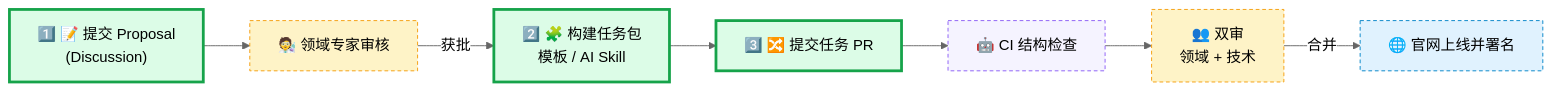
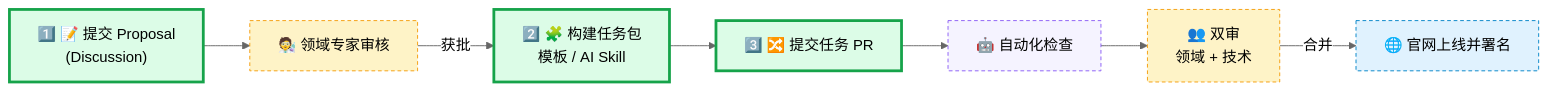
The diagram in README.md (PrismaX-Team/LiveDiscoveryBench-Tasks), drawn with Mermaid (neutral theme) before and after one commit. The commit also changed 1 other file, not shown here.

Commit message:
docs: rename CI step to automated checks

````diff
--- a/README.md
+++ b/README.md
@@ -47,17 +47,17 @@
 ```mermaid
 flowchart LR
     A["1️⃣ 📝 提交 Proposal<br/>(Discussion)"] --> B["🧑‍🔬 领域专家审核"]
     B -->|获批| C["2️⃣ 🧩 构建任务包<br/>模板 / AI Skill"]
     C --> E["3️⃣ 🔀 提交任务 PR"]
-    E --> F["🤖 CI 结构检查"]
+    E --> F["🤖 自动化检查"]
     F --> G["👥 双审<br/>领域 + 技术"]
     G -->|合并| H["🌐 官网上线并署名"]
 
     style A fill:#dcfce7,stroke:#16a34a,stroke-width:3px
     style C fill:#dcfce7,stroke:#16a34a,stroke-width:3px
     style E fill:#dcfce7,stroke:#16a34a,stroke-width:3px
     style B fill:#fef3c7,stroke:#f59e0b,stroke-dasharray:4 3
     style F fill:#f5f3ff,stroke:#8b5cf6,stroke-dasharray:4 3
     style G fill:#fef3c7,stroke:#f59e0b,stroke-dasharray:4 3
     style H fill:#e0f2fe,stroke:#0284c7,stroke-dasharray:4 3
 ```
````
